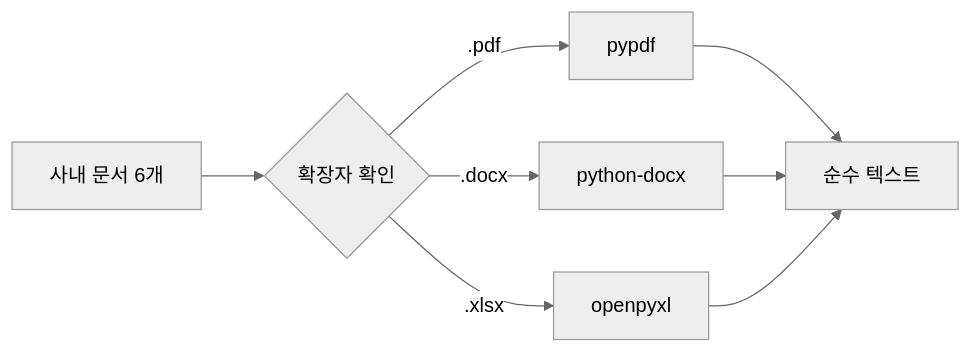
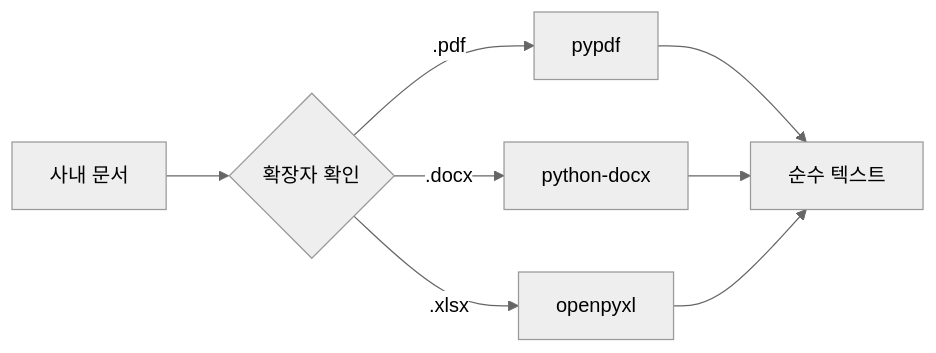
Before and after one commit to coderyu5523/book-workflow: the first of 2 diagrams in projects/사내AI비서_v2/chapters/04-문서를-지식으로-바꾸다.md, drawn with Mermaid (neutral theme). The commit also changed other lines of this file and 434 other files, not shown here.

````diff
--- a/projects/사내AI비서_v2/chapters/04-문서를-지식으로-바꾸다.md
+++ b/projects/사내AI비서_v2/chapters/04-문서를-지식으로-바꾸다.md
@@ -96,10 +98,10 @@
 ```mermaid
 flowchart LR
-    D["사내 문서 6개"] --> R{"확장자 확인"}
+    D["사내 문서"] --> R{"확장자 확인"}
     R -- ".pdf" --> P1["pypdf"]
     R -- ".docx" --> P2["python-docx"]
     R -- ".xlsx" --> P3["openpyxl"]
     P1 --> T["순수 텍스트"]
     P2 --> T
     P3 --> T
 ```
````
